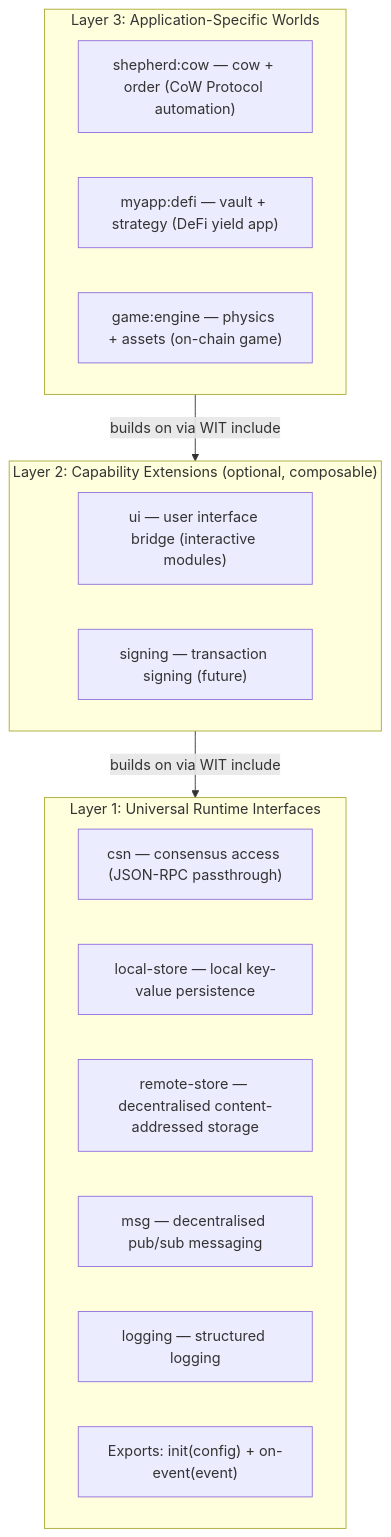
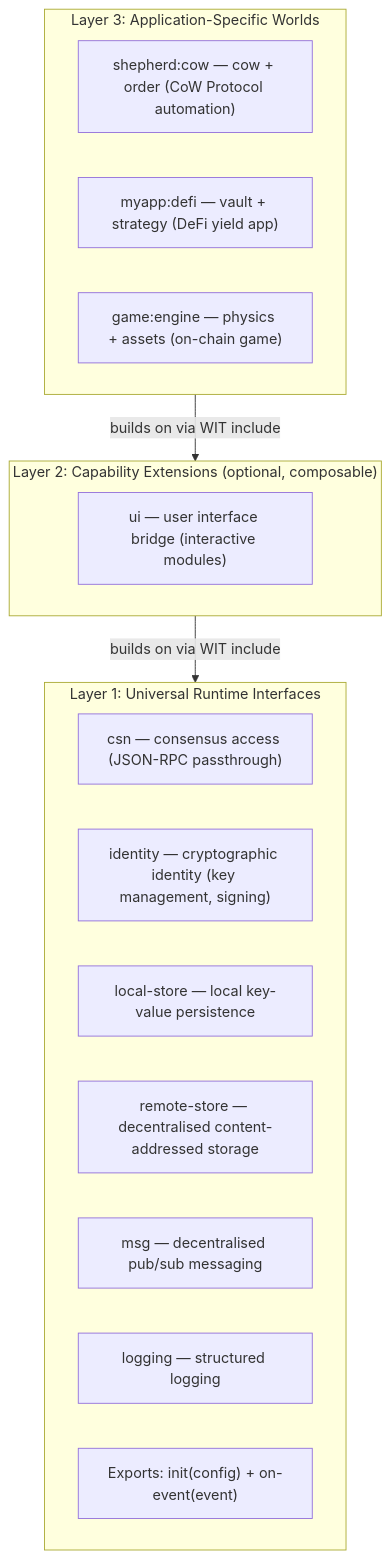
Before and after one commit to bleu/nullis-shepherd: the first of 6 diagrams in docs/08-platform-generalisation.md, drawn with Mermaid. The commit also changed other lines of this file and 6 other files, not shown here.

````diff
--- a/docs/08-platform-generalisation.md
+++ b/docs/08-platform-generalisation.md
@@ -42,25 +44,25 @@
 ```mermaid
 graph TD
     subgraph L3["Layer 3: Application-Specific Worlds"]
         COW["shepherd:cow — cow + order (CoW Protocol automation)"]
         DEFI["myapp:defi — vault + strategy (DeFi yield app)"]
         GAME["game:engine — physics + assets (on-chain game)"]
     end
 
     subgraph L2["Layer 2: Capability Extensions (optional, composable)"]
         UI["ui — user interface bridge (interactive modules)"]
-        SIGN["signing — transaction signing (future)"]
     end
 
     subgraph L1["Layer 1: Universal Runtime Interfaces"]
         CSN["csn — consensus access (JSON-RPC passthrough)"]
+        ID["identity — cryptographic identity (key management, signing)"]
         LS["local-store — local key-value persistence"]
         RS["remote-store — decentralised content-addressed storage"]
         MSG["msg — decentralised pub/sub messaging"]
         LOG["logging — structured logging"]
         EXP["Exports: init(config) + on-event(event)"]
     end
 
     L3 -->|"builds on via WIT include"| L2
     L2 -->|"builds on via WIT include"| L1
 ```
````
